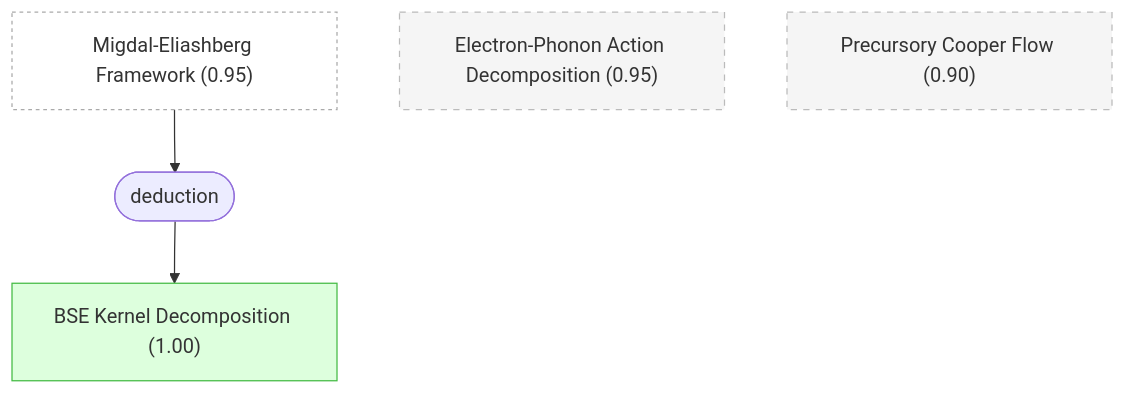
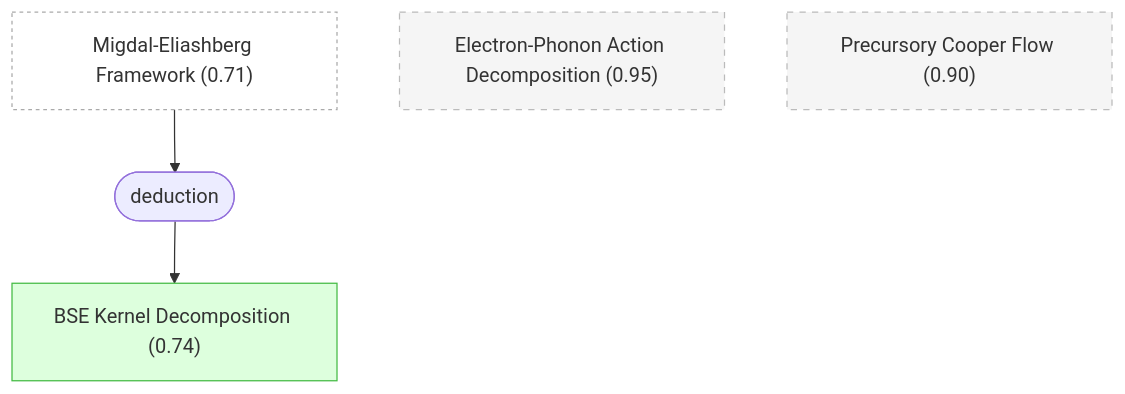
Before and after one commit to kunyuan/SuperconductivityElectronLiquids.gaia: the second of 6 diagrams in docs/detailed-reasoning.md, drawn with Mermaid. The commit also changed other lines of this file and 21 other files, not shown here.

````diff
--- a/docs/detailed-reasoning.md
+++ b/docs/detailed-reasoning.md
@@ -195,20 +219,20 @@
 ```mermaid
 graph TD
-    me_framework["Migdal-Eliashberg Framework (0.95)"]:::external
+    me_framework["Migdal-Eliashberg Framework (0.71)"]:::external
     electron_phonon_action["Electron-Phonon Action Decomposition (0.95)"]:::background
-    bse_kernel_decomposition["BSE Kernel Decomposition (1.00)"]:::derived
+    bse_kernel_decomposition["BSE Kernel Decomposition (0.74)"]:::derived
     precursory_cooper_flow["Precursory Cooper Flow (0.90)"]:::background
     strat_1(["deduction"])
     me_framework --> strat_1
     strat_1 --> bse_kernel_decomposition
 
     classDef setting fill:#f0f0f0,stroke:#999,color:#333
     classDef premise fill:#ddeeff,stroke:#4488bb,color:#333
     classDef derived fill:#ddffdd,stroke:#44bb44,color:#333
     classDef question fill:#fff3dd,stroke:#cc9944,color:#333
     classDef background fill:#f5f5f5,stroke:#bbb,stroke-dasharray: 5 5,color:#333
     classDef orphan fill:#fff,stroke:#ccc,stroke-dasharray: 5 5,color:#333
     classDef external fill:#fff,stroke:#aaa,stroke-dasharray: 3 3,color:#333
     classDef weak fill:#fff9c4,stroke:#f9a825,stroke-dasharray: 5 5,color:#333
     classDef contra fill:#ffebee,stroke:#c62828,color:#333
 ```
````
